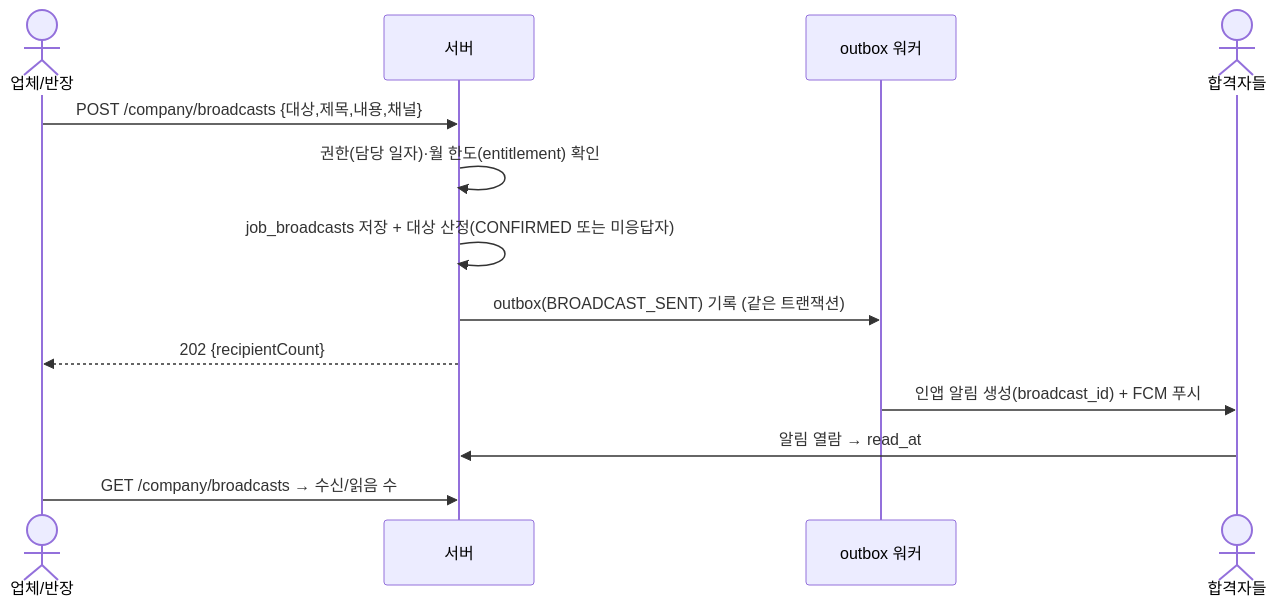
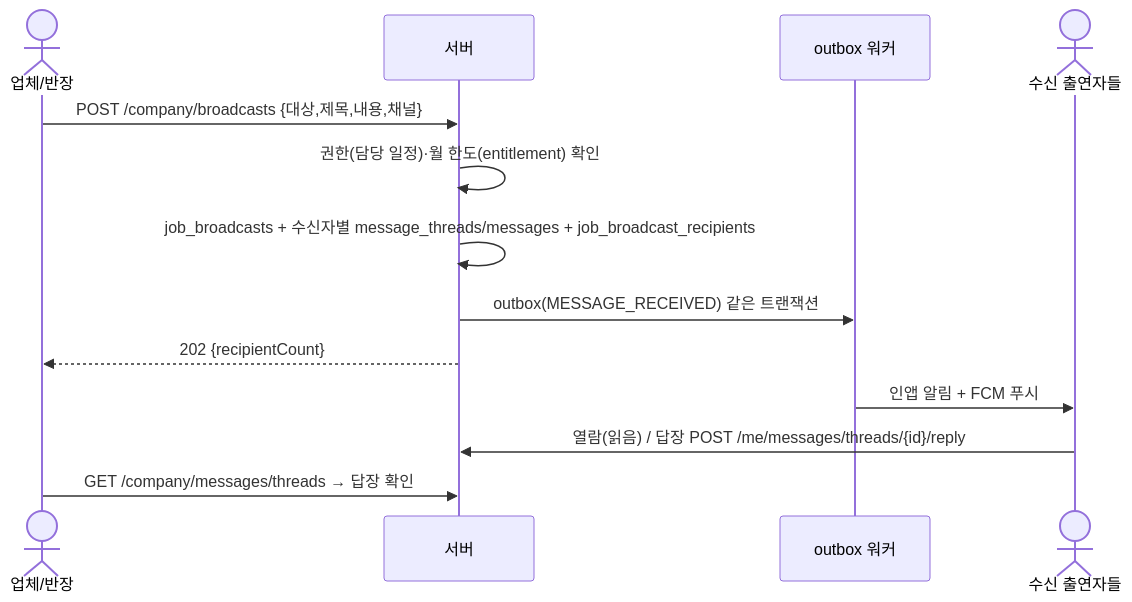
One commit to 7fsikMinQ/O changed the seventh of 12 diagrams in docs/02_프로세스정의서.md. Above: the diagram before and after it, drawn with Mermaid. The commit also changed other lines of this file and 38 other files, not shown here.

````diff
--- a/docs/02_프로세스정의서.md
+++ b/docs/02_프로세스정의서.md
@@ -108,15 +125,15 @@
 ```mermaid
 sequenceDiagram
   actor C as 업체/반장
   participant API as 서버
   participant OB as outbox 워커
-  actor A as 합격자들
+  actor A as 수신 출연자들
   C->>API: POST /company/broadcasts {대상,제목,내용,채널}
-  API->>API: 권한(담당 일자)·월 한도(entitlement) 확인
-  API->>API: job_broadcasts 저장 + 대상 산정(CONFIRMED 또는 미응답자)
-  API->>OB: outbox(BROADCAST_SENT) 기록 (같은 트랜잭션)
+  API->>API: 권한(담당 일정)·월 한도(entitlement) 확인
+  API->>API: job_broadcasts + 수신자별 message_threads/messages + job_broadcast_recipients
+  API->>OB: outbox(MESSAGE_RECEIVED) 같은 트랜잭션
   API-->>C: 202 {recipientCount}
-  OB->>A: 인앱 알림 생성(broadcast_id) + FCM 푸시
-  A->>API: 알림 열람 → read_at
-  C->>API: GET /company/broadcasts → 수신/읽음 수
+  OB->>A: 인앱 알림 + FCM 푸시
+  A->>API: 열람(읽음) / 답장 POST /me/messages/threads/{id}/reply
+  C->>API: GET /company/messages/threads → 답장 확인
 ```
````
